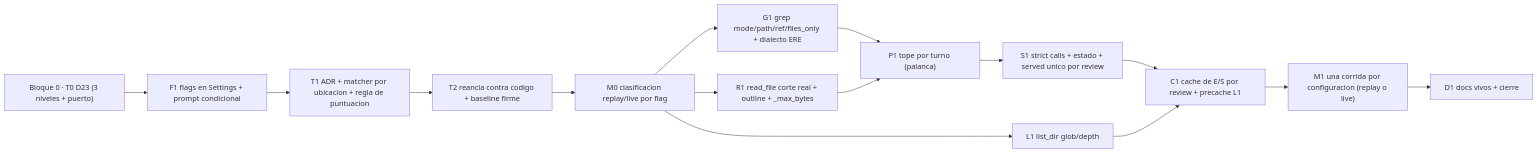
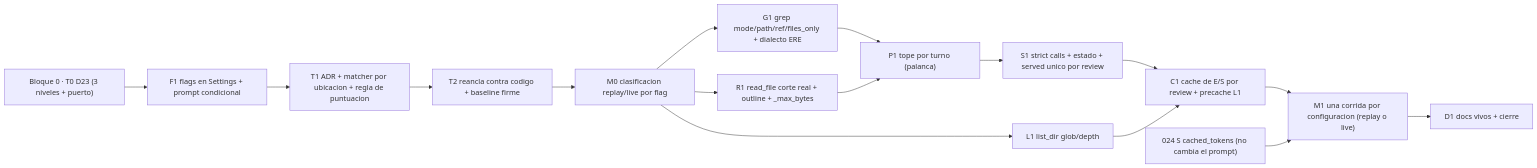
The diagram in docs/iniciativas/023-eficacia-del-bucle-de-lectura/plan.md (pcgarat/agent-review-langgraph), drawn with Mermaid before and after one commit. The commit also changed other lines of this file, not shown here.

````diff
--- a/docs/iniciativas/023-eficacia-del-bucle-de-lectura/plan.md
+++ b/docs/iniciativas/023-eficacia-del-bucle-de-lectura/plan.md
@@ -126,17 +126,18 @@
 ```mermaid
 flowchart LR
     T0["Bloque 0 · T0 D23 (3 niveles + puerto)"] --> F1["F1 flags en Settings + prompt condicional"]
     F1 --> T1["T1 ADR + matcher por ubicacion + regla de puntuacion"]
     T1 --> T2["T2 reancla contra codigo + baseline firme"]
     T2 --> M0["M0 clasificacion replay/live por flag"]
     M0 --> G1["G1 grep mode/path/ref/files_only + dialecto ERE"]
     M0 --> R1["R1 read_file corte real + outline + _max_bytes"]
     M0 --> L1["L1 list_dir glob/depth"]
     G1 --> P1["P1 tope por turno (palanca)"]
     R1 --> P1
     P1 --> S1["S1 strict calls + estado + served unico por review"]
     S1 --> C1["C1 cache de E/S por review + precache L1"]
     L1 --> C1
     C1 --> M1["M1 una corrida por configuracion (replay o live)"]
+    S024["024 S cached_tokens (no cambia el prompt)"] --> M1
     M1 --> D1["D1 docs vivos + cierre"]
 ```
````
